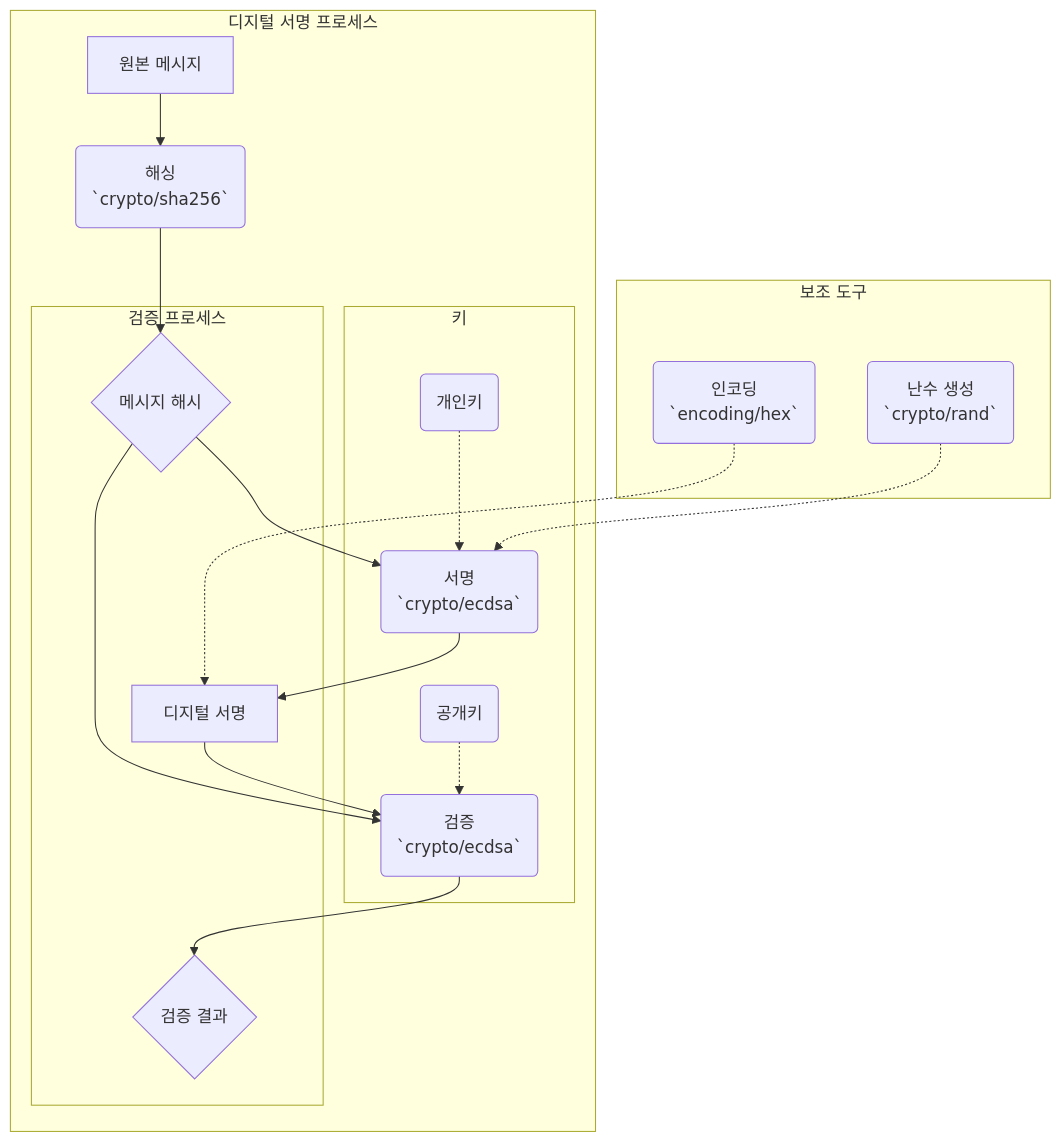
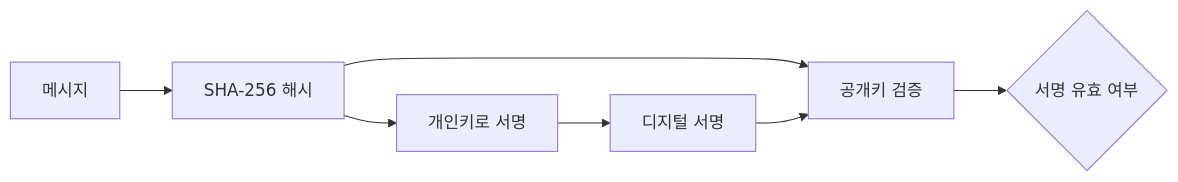
Before and after one commit to leekh4232/hossam-blog: the diagram in _posts/03.코딩/golang/2024-11-05-Go언어-암호화.md, drawn with Mermaid. The commit also changed other lines of this file, not shown here.

````diff
--- a/_posts/03.코딩/golang/2024-11-05-Go언어-암호화.md
+++ b/_posts/03.코딩/golang/2024-11-05-Go언어-암호화.md
@@ -37,25 +47,10 @@
 ```mermaid
-graph TD
-    subgraph "디지털 서명 프로세스"
-        A[원본 메시지] --> B(해싱<br/>`crypto/sha256`);
-        B --> C{메시지 해시};
-        C --> D(서명<br/>`crypto/ecdsa`);
-        D --> E[디지털 서명];
+graph LR
+    A[메시지] --> B[SHA-256 해시]
+    B --> C[개인키로 서명]
+    C --> D[디지털 서명]
 
-        subgraph "키"
-            F(개인키) -.-> D;
-            G(공개키) -.-> H;
-        end
-
-        subgraph "검증 프로세스"
-            C --> H(검증<br/>`crypto/ecdsa`);
-            E --> H;
-            H --> I{검증 결과};
-        end
-    end
-
-    subgraph "보조 도구"
-        J(난수 생성<br/>`crypto/rand`) -.-> D;
-        K(인코딩<br/>`encoding/hex`) -.-> E;
-    end
+    B --> E[공개키 검증]
+    D --> E
+    E --> F{서명 유효 여부}
 ```
````
